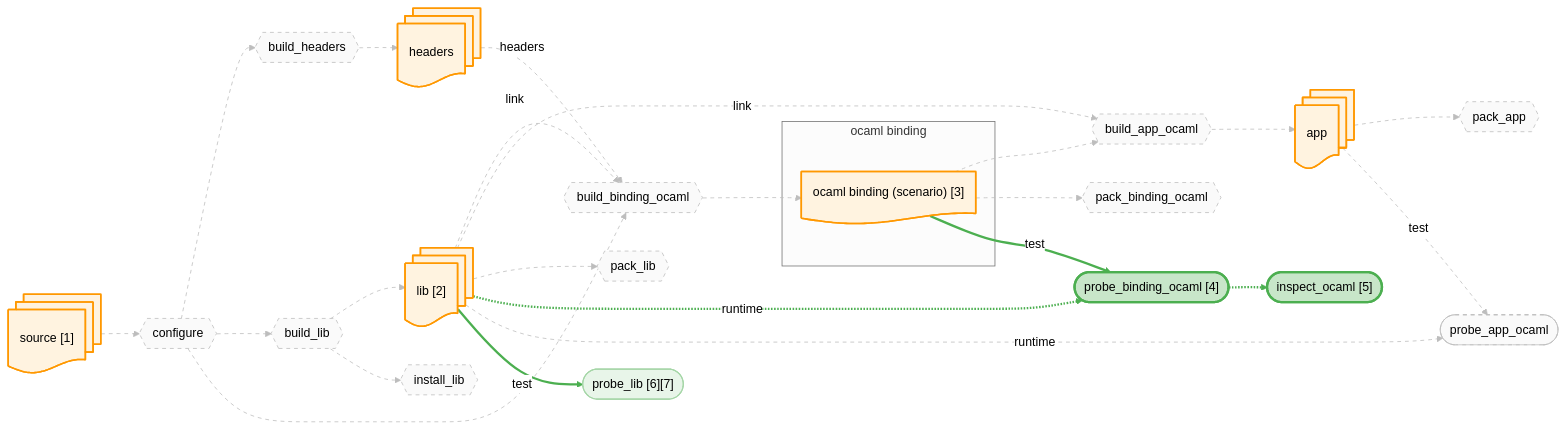
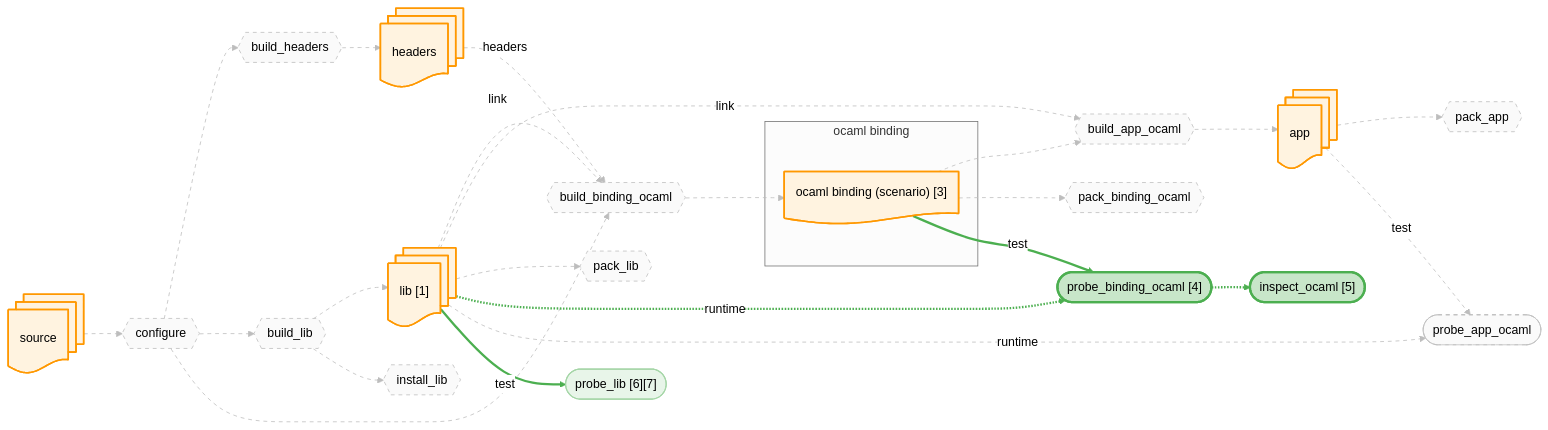
Before and after one commit to JHU-PL-Lab/tola: the diagram in docs/canary/projects/zarith/-run/diagrams/binding_ocaml.mmd, drawn with Mermaid (neutral theme). The commit also changed 231 other files, not shown here.

```diff
--- a/docs/canary/projects/zarith/-run/diagrams/binding_ocaml.mmd
+++ b/docs/canary/projects/zarith/-run/diagrams/binding_ocaml.mmd
@@ -1,91 +1,91 @@
 %% view: binding_ocaml
 graph LR
-    source_node@{ shape: docs, label: "source [1]" }
+    source_node@{ shape: docs, label: "source" }
     headers_node@{ shape: docs, label: "headers" }
-    lib_node@{ shape: docs, label: "lib [2]" }
+    lib_node@{ shape: docs, label: "lib [1]" }
     app_node@{ shape: docs, label: "app" }
     subgraph ocaml_binding_sg ["ocaml binding"]
       ocaml_binding_fetch_node@{ shape: doc, label: "ocaml binding (scenario) [3]" }
     end
 
     A_configure{{"configure"}}
     A_build_headers{{"build_headers"}}
     A_build_lib{{"build_lib"}}
     A_build_binding_ocaml{{"build_binding_ocaml"}}
     A_build_app_ocaml{{"build_app_ocaml"}}
     A_install_lib{{"install_lib"}}
     A_pack_binding_ocaml{{"pack_binding_ocaml"}}
     A_pack_lib{{"pack_lib"}}
     A_pack_app{{"pack_app"}}
     A_probe_binding_ocaml(["probe_binding_ocaml [4]"])
     A_probe_app_ocaml(["probe_app_ocaml"])
     A_probe_lib(["probe_lib [6][7]"])
     A_probe_binding_ocaml_inspect(["inspect_ocaml [5]"])
 
     source_node --> A_configure
     A_configure --> A_build_headers
     A_build_headers --> headers_node
     A_configure --> A_build_lib
     A_build_lib --> lib_node
     A_configure --> A_build_binding_ocaml
     headers_node -.->|headers| A_build_binding_ocaml
     lib_node -.->|link| A_build_binding_ocaml
     A_build_binding_ocaml --> ocaml_binding_fetch_node
     ocaml_binding_fetch_node --> A_build_app_ocaml
     lib_node -.->|link| A_build_app_ocaml
     A_build_app_ocaml --> app_node
     A_build_lib --> A_install_lib
     ocaml_binding_fetch_node --> A_pack_binding_ocaml
     lib_node --> A_pack_lib
     app_node --> A_pack_app
     ocaml_binding_fetch_node -->|test| A_probe_binding_ocaml
     lib_node -.->|runtime| A_probe_binding_ocaml
     app_node -->|test| A_probe_app_ocaml
     lib_node -.->|runtime| A_probe_app_ocaml
     lib_node -->|test| A_probe_lib
     A_probe_binding_ocaml -.-> A_probe_binding_ocaml_inspect
 
     classDef artifact fill:#fff3e0,stroke:#ff9800,stroke-width:2px
     classDef action fill:#f3e5f5,stroke:#9c27b0,stroke-width:2px
     classDef st_done fill:#c8e6c9,stroke:#4caf50,stroke-width:3px
     classDef st_done_ctx fill:#e8f5e9,stroke:#a5d6a7,stroke-width:1.5px
     classDef st_expected_fail fill:#fff9c4,stroke:#f9a825,stroke-width:2px
     classDef st_failed fill:#ffcdd2,stroke:#c62828,stroke-width:2px
     classDef st_skipped fill:#f5f5f5,stroke:#9e9e9e,stroke-dasharray:5
     classDef st_nospec fill:#fafafa,stroke:#bdbdbd,stroke-dasharray:5
     class source_node,headers_node,lib_node,app_node,ocaml_binding_fetch_node artifact
     class A_configure st_nospec
     class A_build_headers st_nospec
     class A_build_lib st_nospec
     class A_build_binding_ocaml st_nospec
     class A_build_app_ocaml st_nospec
     class A_install_lib st_nospec
     class A_pack_binding_ocaml st_nospec
     class A_pack_lib st_nospec
     class A_pack_app st_nospec
     class A_probe_binding_ocaml st_done
     class A_probe_app_ocaml st_nospec
     class A_probe_lib st_done_ctx
     class A_probe_binding_ocaml_inspect st_done
     linkStyle 0 stroke:#bdbdbd,stroke-width:1px,stroke-dasharray:5
     linkStyle 1 stroke:#bdbdbd,stroke-width:1px,stroke-dasharray:5
     linkStyle 2 stroke:#bdbdbd,stroke-width:1px,stroke-dasharray:5
     linkStyle 3 stroke:#bdbdbd,stroke-width:1px,stroke-dasharray:5
     linkStyle 4 stroke:#bdbdbd,stroke-width:1px,stroke-dasharray:5
     linkStyle 5 stroke:#bdbdbd,stroke-width:1px,stroke-dasharray:5
     linkStyle 6 stroke:#bdbdbd,stroke-width:1px,stroke-dasharray:5
     linkStyle 7 stroke:#bdbdbd,stroke-width:1px,stroke-dasharray:5
     linkStyle 8 stroke:#bdbdbd,stroke-width:1px,stroke-dasharray:5
     linkStyle 9 stroke:#bdbdbd,stroke-width:1px,stroke-dasharray:5
     linkStyle 10 stroke:#bdbdbd,stroke-width:1px,stroke-dasharray:5
     linkStyle 11 stroke:#bdbdbd,stroke-width:1px,stroke-dasharray:5
     linkStyle 12 stroke:#bdbdbd,stroke-width:1px,stroke-dasharray:5
     linkStyle 13 stroke:#bdbdbd,stroke-width:1px,stroke-dasharray:5
     linkStyle 14 stroke:#bdbdbd,stroke-width:1px,stroke-dasharray:5
     linkStyle 15 stroke:#bdbdbd,stroke-width:1px,stroke-dasharray:5
     linkStyle 16 stroke:#4caf50,stroke-width:3px
     linkStyle 17 stroke:#4caf50,stroke-width:3px
     linkStyle 18 stroke:#bdbdbd,stroke-width:1px,stroke-dasharray:5
     linkStyle 19 stroke:#bdbdbd,stroke-width:1px,stroke-dasharray:5
     linkStyle 20 stroke:#4caf50,stroke-width:3px
     linkStyle 21 stroke:#4caf50,stroke-width:3px
```
